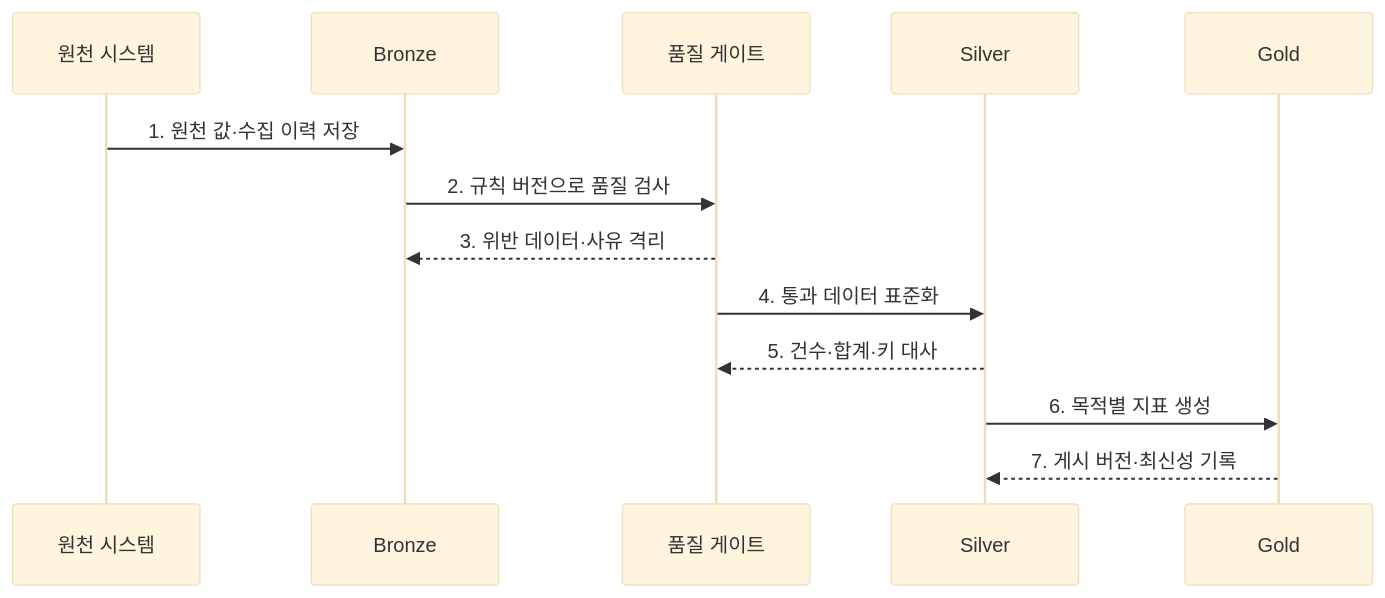
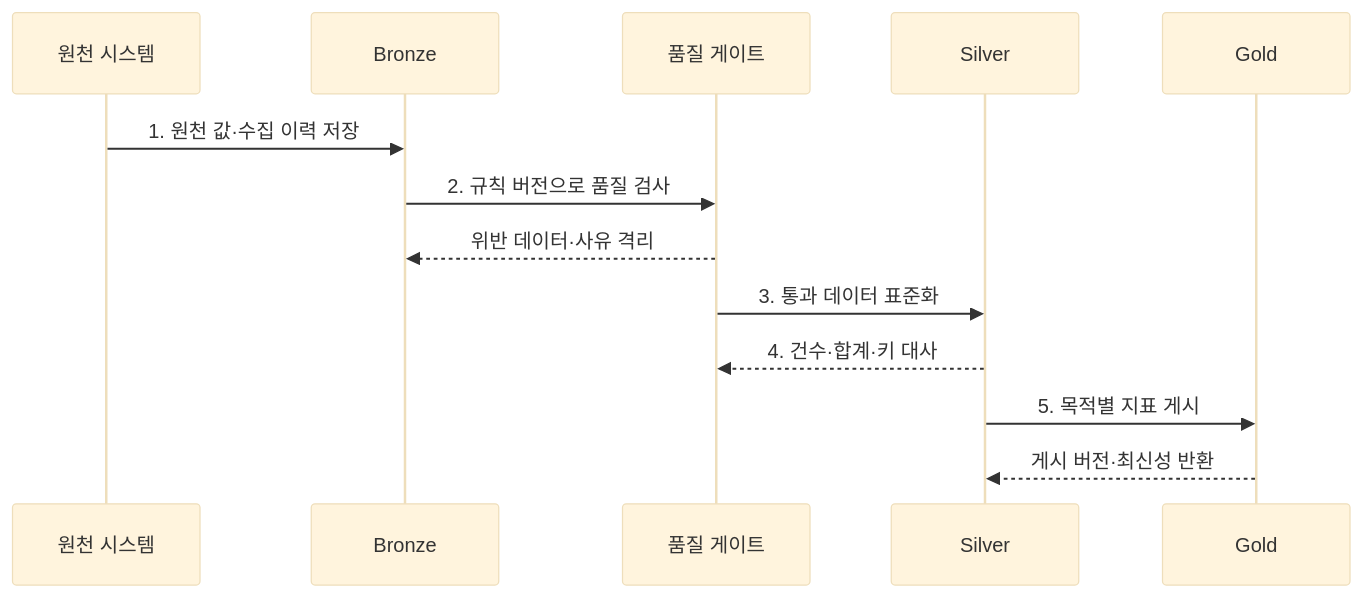
One commit to agnusdei1207/knowledge-base changed the second of 2 diagrams in src/content/docs/notes/03-software/130_medallion_architecture.md. Above: the diagram before and after it, drawn with Mermaid (base theme). The commit also changed other lines of this file and 238 other files, not shown here.

````diff
--- a/src/content/docs/notes/03-software/130_medallion_architecture.md
+++ b/src/content/docs/notes/03-software/130_medallion_architecture.md
@@ -81,15 +81,15 @@
 ```mermaid
 sequenceDiagram
     participant S as 원천 시스템
     participant B as Bronze
     participant Q as 품질 게이트
     participant V as Silver
     participant G as Gold
     S->>B: 1. 원천 값·수집 이력 저장
     B->>Q: 2. 규칙 버전으로 품질 검사
-    Q-->>B: 3. 위반 데이터·사유 격리
-    Q->>V: 4. 통과 데이터 표준화
-    V-->>Q: 5. 건수·합계·키 대사
-    V->>G: 6. 목적별 지표 생성
-    G-->>V: 7. 게시 버전·최신성 기록
+    Q-->>B: 위반 데이터·사유 격리
+    Q->>V: 3. 통과 데이터 표준화
+    V-->>Q: 4. 건수·합계·키 대사
+    V->>G: 5. 목적별 지표 게시
+    G-->>V: 게시 버전·최신성 반환
 ```
````
